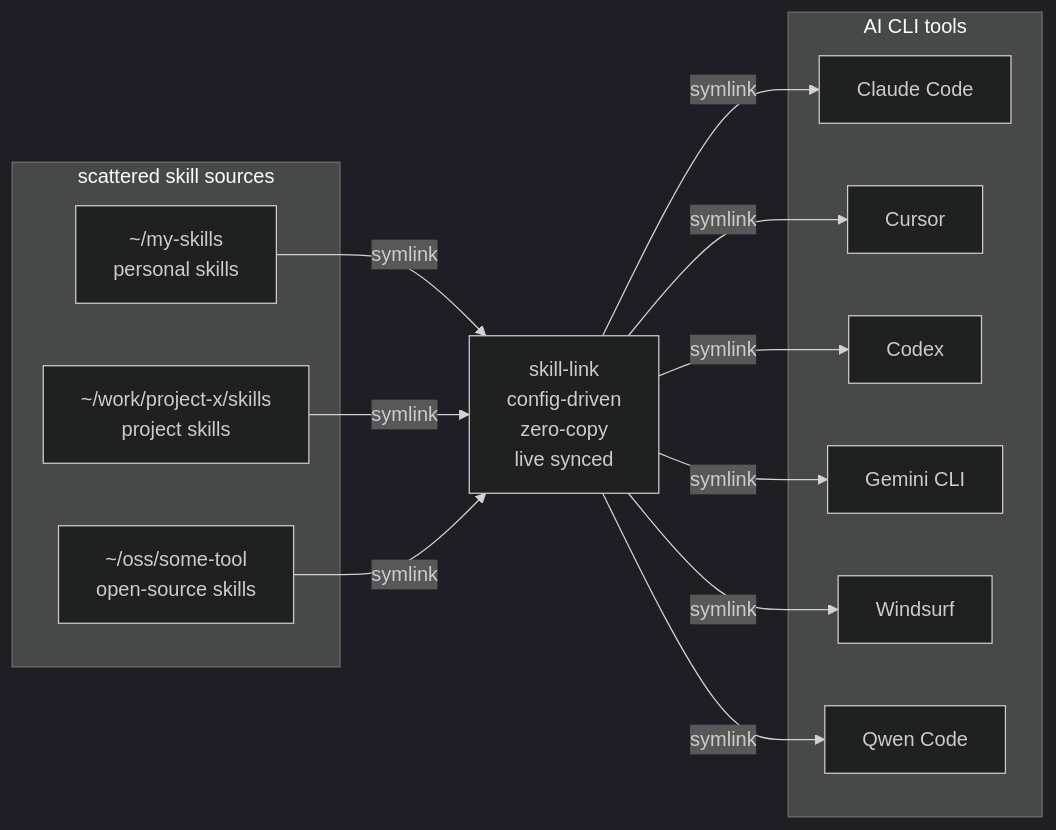
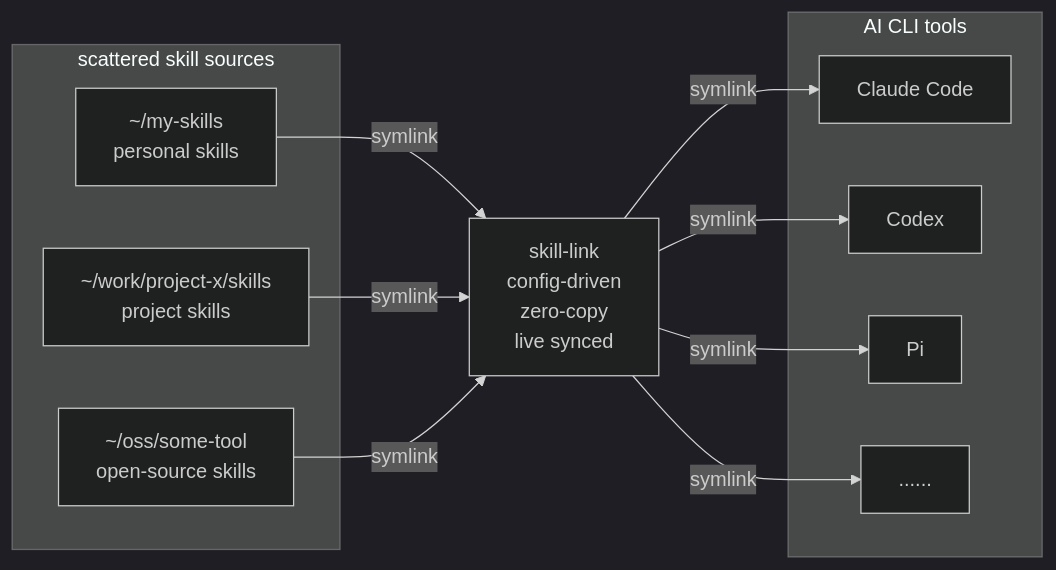
Before and after one commit to xesam/ai-skill-link: the diagram in README.en.md, drawn with Mermaid (dark theme). The commit also changed other lines of this file and 8 other files, not shown here.

````diff
--- a/README.en.md
+++ b/README.en.md
@@ -13,29 +13,25 @@
 ```mermaid
 graph LR
     subgraph S["scattered skill sources"]
         A["~/my-skills<br/>personal skills"]
         B["~/work/project-x/skills<br/>project skills"]
         C["~/oss/some-tool<br/>open-source skills"]
     end
 
     LINK["skill-link<br/>config-driven<br/>zero-copy<br/>live synced"]
 
     subgraph T["AI CLI tools"]
         D["Claude Code"]
-        E["Cursor"]
         F["Codex"]
-        G["Gemini CLI"]
-        H["Windsurf"]
-        I["Qwen Code"]
+        J["Pi"]
+        K["......"]
     end
 
     A -->|symlink| LINK
     B -->|symlink| LINK
     C -->|symlink| LINK
     LINK -->|symlink| D
-    LINK -->|symlink| E
     LINK -->|symlink| F
-    LINK -->|symlink| G
-    LINK -->|symlink| H
-    LINK -->|symlink| I
+    LINK -->|symlink| J
+    LINK -->|symlink| K
 ```
````
